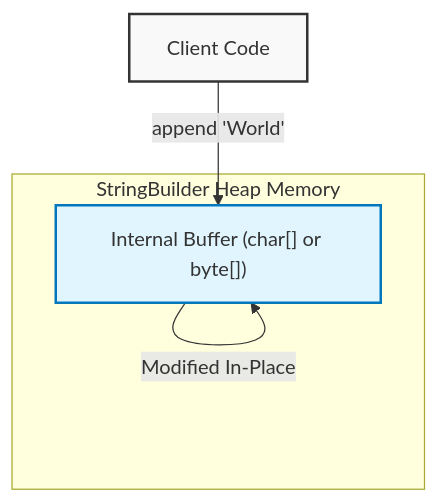
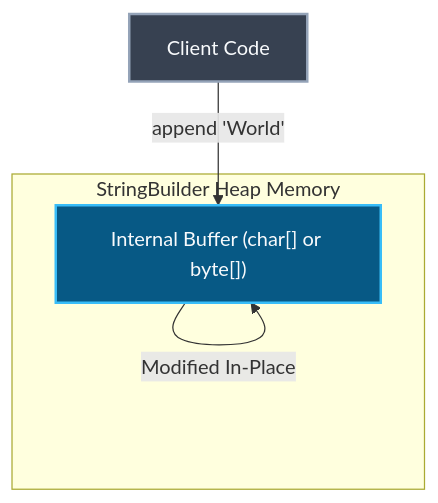
Before and after one commit to Kang-Hyesung/kang-hyesung.github.io: the second of 3 diagrams in _posts/java/09-불변_객체와_String_클래스/2026-01-26-stringbuilder-클래스-소개.md, drawn with Mermaid. The commit also changed other lines of this file and 74 other files, not shown here.

Commit message:
docs: update post visibility and mermaid colors

````diff
--- a/_posts/java/09-불변_객체와_String_클래스/2026-01-26-stringbuilder-클래스-소개.md
+++ b/_posts/java/09-불변_객체와_String_클래스/2026-01-26-stringbuilder-클래스-소개.md
@@ -43,15 +43,15 @@
 ```mermaid
 graph TD
     subgraph StringBuilder Heap Memory
     A["Internal Buffer (char[] or byte[])"]
     end
     
     B["Client Code"] -->|append 'World'| A
     
     A -->|Modified In-Place| A
     
     %% 스타일 정의
-    style A fill:#e1f5fe,stroke:#0277bd,stroke-width:2px
-    style B fill:#f9f9f9,stroke:#333,stroke-width:2px
+    style A fill:#075985,stroke:#38bdf8,stroke-width:2px,color:#f8fafc
+    style B fill:#374151,stroke:#94a3b8,stroke-width:2px,color:#f8fafc
 
 ```
````
